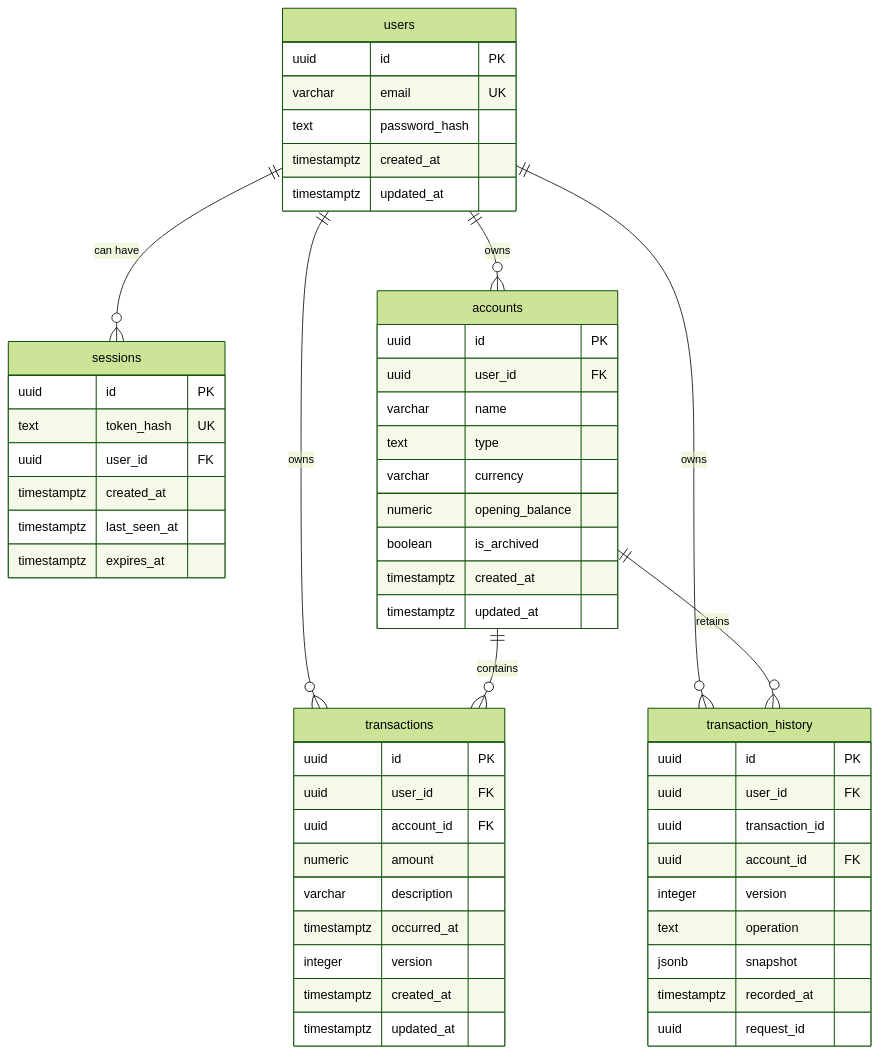
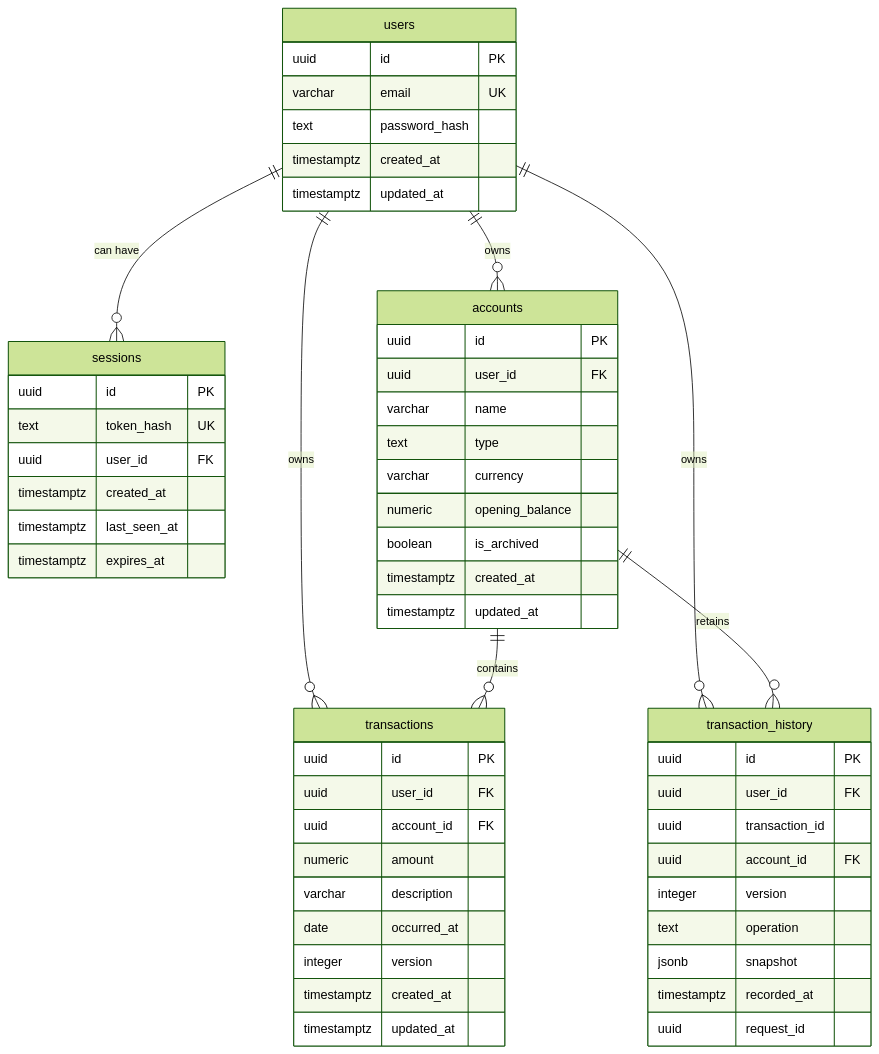
Before and after one commit to jaminwebdev/hono-drizzle-api: the second of 4 diagrams in docs/setup.md, drawn with Mermaid (forest theme). The commit also changed other lines of this file and 10 other files, not shown here.

````diff
--- a/docs/setup.md
+++ b/docs/setup.md
@@ -100,57 +100,57 @@
 ```mermaid
 erDiagram
     users ||--o{ sessions : "can have"
     users ||--o{ accounts : "owns"
     users ||--o{ transactions : "owns"
     users ||--o{ transaction_history : "owns"
     accounts ||--o{ transactions : "contains"
     accounts ||--o{ transaction_history : "retains"
     users {
         uuid id PK
         varchar email UK
         text password_hash
         timestamptz created_at
         timestamptz updated_at
     }
     sessions {
         uuid id PK
         text token_hash UK
         uuid user_id FK
         timestamptz created_at
         timestamptz last_seen_at
         timestamptz expires_at
     }
     accounts {
         uuid id PK
         uuid user_id FK
         varchar name
         text type
         varchar currency
         numeric opening_balance
         boolean is_archived
         timestamptz created_at
         timestamptz updated_at
     }
     transactions {
         uuid id PK
         uuid user_id FK
         uuid account_id FK
         numeric amount
         varchar description
-        timestamptz occurred_at
+        date occurred_at
         integer version
         timestamptz created_at
         timestamptz updated_at
     }
     transaction_history {
         uuid id PK
         uuid user_id FK
         uuid transaction_id
         uuid account_id FK
         integer version
         text operation
         jsonb snapshot
         timestamptz recorded_at
         uuid request_id
     }
 ```
````
